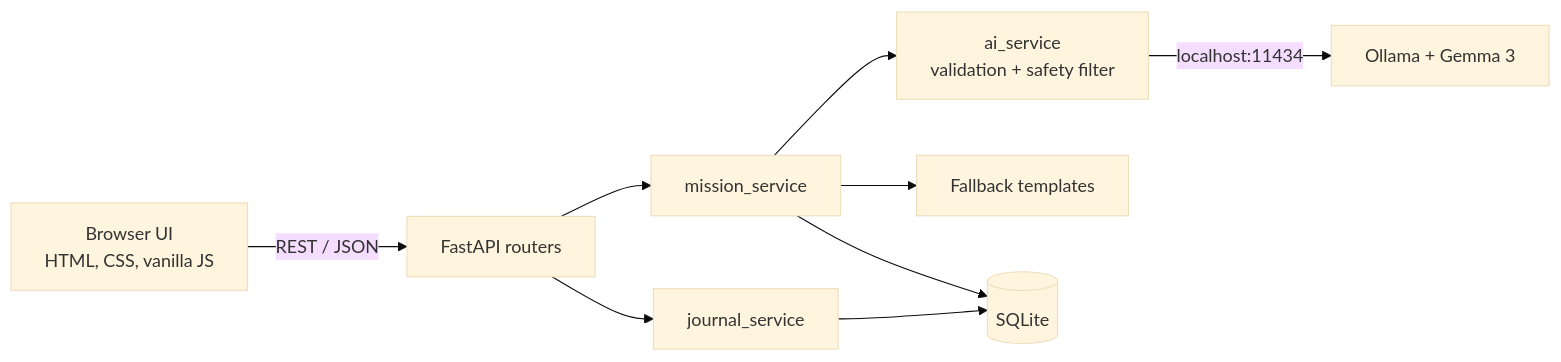
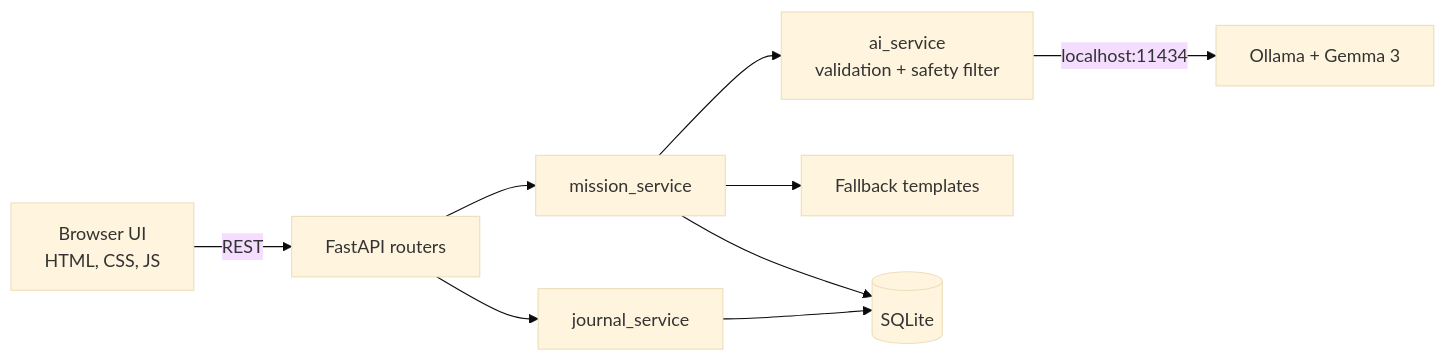
The diagram in README.md (sanchalitorpe13/TrailMate-AI), drawn with Mermaid (base theme) before and after one commit. The commit also changed other lines of this file, not shown here.

````diff
--- a/README.md
+++ b/README.md
@@ -54,11 +31,11 @@
 ```mermaid
 flowchart LR
-    UI["Browser UI<br/>HTML, CSS, vanilla JS"] -- "REST / JSON" --> API["FastAPI routers"]
+    UI["Browser UI<br/>HTML, CSS, JS"] -- REST --> API["FastAPI routers"]
     API --> MS["mission_service"]
     API --> JS["journal_service"]
     MS --> AI["ai_service<br/>validation + safety filter"]
     MS --> FB["Fallback templates"]
     AI -- "localhost:11434" --> OLL["Ollama + Gemma 3"]
     MS --> DB[("SQLite")]
     JS --> DB
 ```
````
